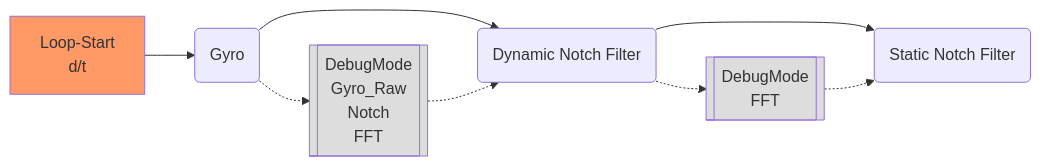
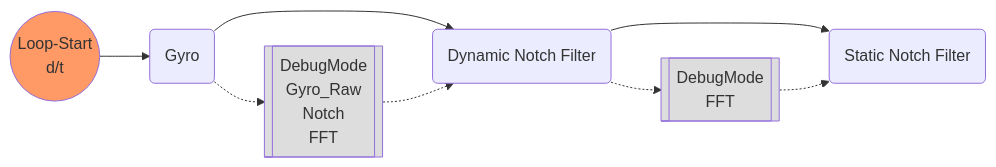
One commit to mrRobot62/lunax.betaflight.doc changed the first of 4 diagrams in docs/bf_filter.md. Above: the diagram before and after it, drawn with Mermaid. The commit also changed other lines of this file and 66 other files, not shown here.

````diff
--- a/docs/bf_filter.md
+++ b/docs/bf_filter.md
@@ -103,14 +106,14 @@
 ```mermaid
 graph LR
 	classDef dbg fill:#ddd
 	classDef LP fill:#f96
 	
-	LS[Loop-Start<br>d/t]:::LP --> GY(Gyro)
+	LS((Loop-Start<br>d/t)):::LP --> GY(Gyro)
 	GY -.-> DBG1[[DebugMode<br>Gyro_Raw<br>Notch<br>FFT]]:::dbg
 	GY --> DNF
 	DBG1 -.-> DNF(Dynamic Notch Filter)
 	DNF -.-> DBGFFT[[DebugMode<br>FFT]]:::dbg
 	DNF --> SNF(Static Notch Filter)
 	DBGFFT -.-> SNF
 
 ```
````
